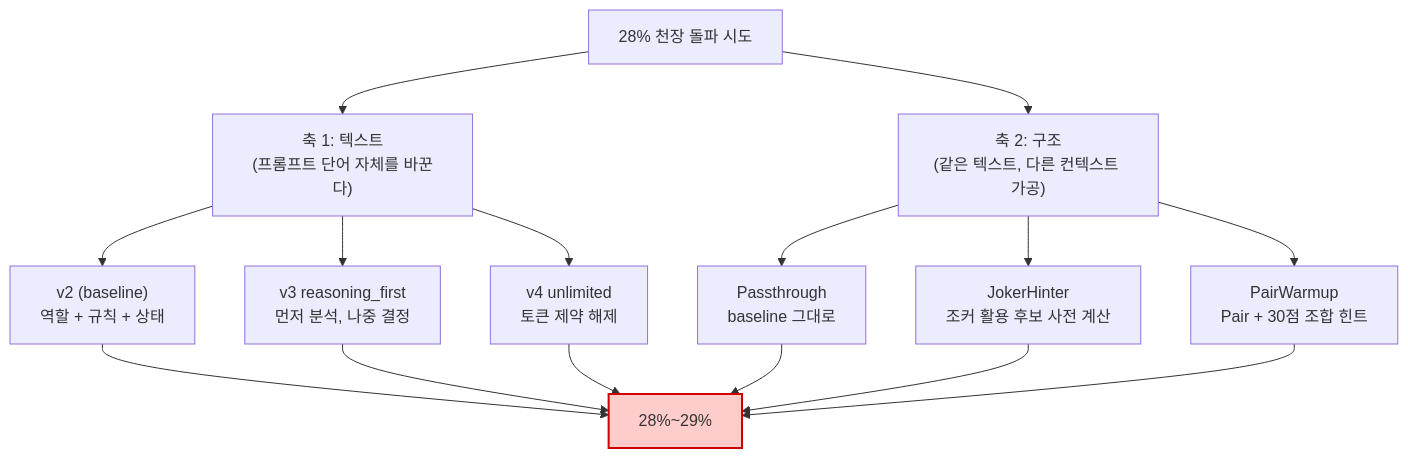
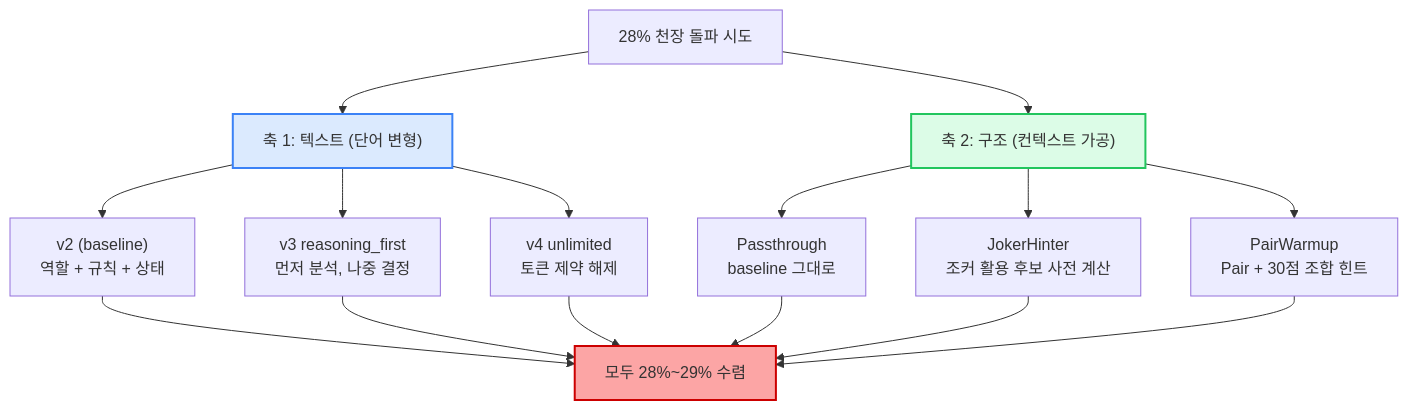
Before and after one commit to k82022603/RummiArena: the first of 3 diagrams in work_logs/blogs/2026-04-21-blog-draft-2-28percent-ceiling.md, drawn with Mermaid. The commit also changed other lines of this file, not shown here.

````diff
--- a/work_logs/blogs/2026-04-21-blog-draft-2-28percent-ceiling.md
+++ b/work_logs/blogs/2026-04-21-blog-draft-2-28percent-ceiling.md
@@ -53,23 +38,25 @@
 ```mermaid
 flowchart TB
     Goal["28% 천장 돌파 시도"]
-    Goal --> Axis1["축 1: 텍스트<br/>(프롬프트 단어 자체를 바꾼다)"]
-    Goal --> Axis2["축 2: 구조<br/>(같은 텍스트, 다른 컨텍스트 가공)"]
+    Goal --> Axis1["축 1: 텍스트 (단어 변형)"]
+    Goal --> Axis2["축 2: 구조 (컨텍스트 가공)"]
 
     Axis1 --> v2["v2 (baseline)<br/>역할 + 규칙 + 상태"]
     Axis1 --> v3["v3 reasoning_first<br/>먼저 분석, 나중 결정"]
     Axis1 --> v4["v4 unlimited<br/>토큰 제약 해제"]
 
     Axis2 --> Pass["Passthrough<br/>baseline 그대로"]
     Axis2 --> Joker["JokerHinter<br/>조커 활용 후보 사전 계산"]
     Axis2 --> Pair["PairWarmup<br/>Pair + 30점 조합 힌트"]
 
-    v2 --> Result["28%~29%"]
+    v2 --> Result["모두 28%~29% 수렴"]
     v3 --> Result
     v4 --> Result
     Pass --> Result
     Joker --> Result
     Pair --> Result
 
-    style Result fill:#fcc,stroke:#c00,stroke-width:2px
+    style Axis1 fill:#dbeafe,stroke:#3b82f6,stroke-width:2px
+    style Axis2 fill:#dcfce7,stroke:#22c55e,stroke-width:2px
+    style Result fill:#fca5a5,stroke:#c00,stroke-width:2px
 ```
````
